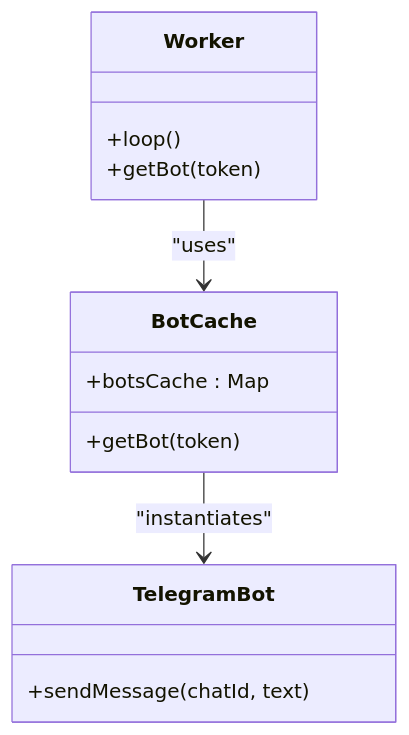
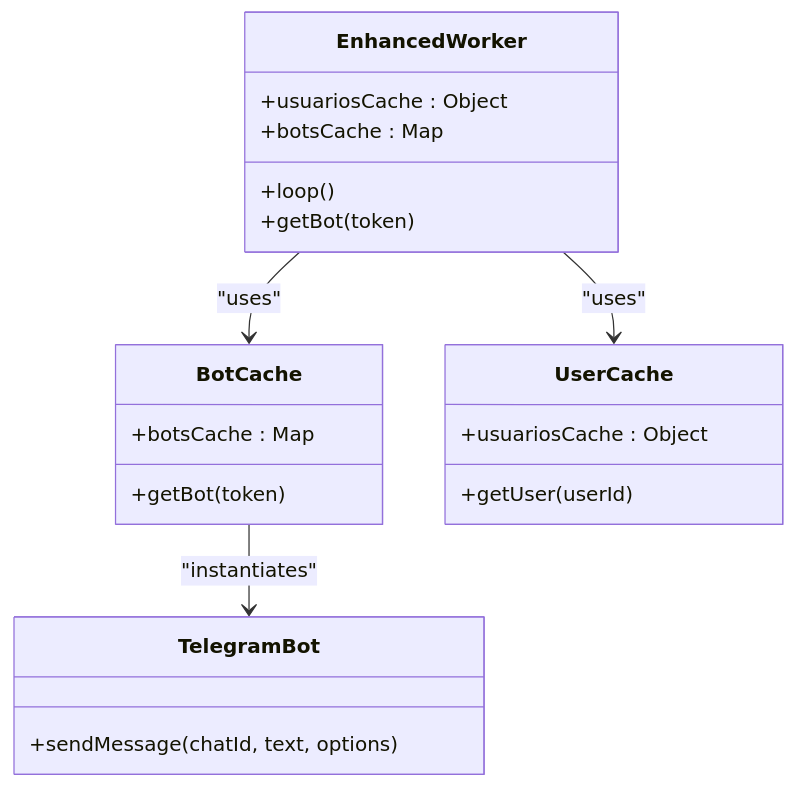
Before and after one commit to Alexandrexicara/bot-processos: the fourth of 7 diagrams in .qoder/repowiki/en/content/Background Worker System.md, drawn with Mermaid. The commit also changed other lines of this file and 10 other files, not shown here.

````diff
--- a/.qoder/repowiki/en/content/Background Worker System.md
+++ b/.qoder/repowiki/en/content/Background Worker System.md
@@ -170,16 +200,23 @@
 ```mermaid
 classDiagram
-class Worker {
+class EnhancedWorker {
 +loop()
 +getBot(token)
++usuariosCache : Object
++botsCache : Map
 }
 class TelegramBot {
-+sendMessage(chatId, text)
++sendMessage(chatId, text, options)
 }
 class BotCache {
 +botsCache : Map
 +getBot(token)
 }
-Worker --> BotCache : "uses"
+class UserCache {
++usuariosCache : Object
++getUser(userId)
+}
+EnhancedWorker --> BotCache : "uses"
+EnhancedWorker --> UserCache : "uses"
 BotCache --> TelegramBot : "instantiates"
 ```
````
